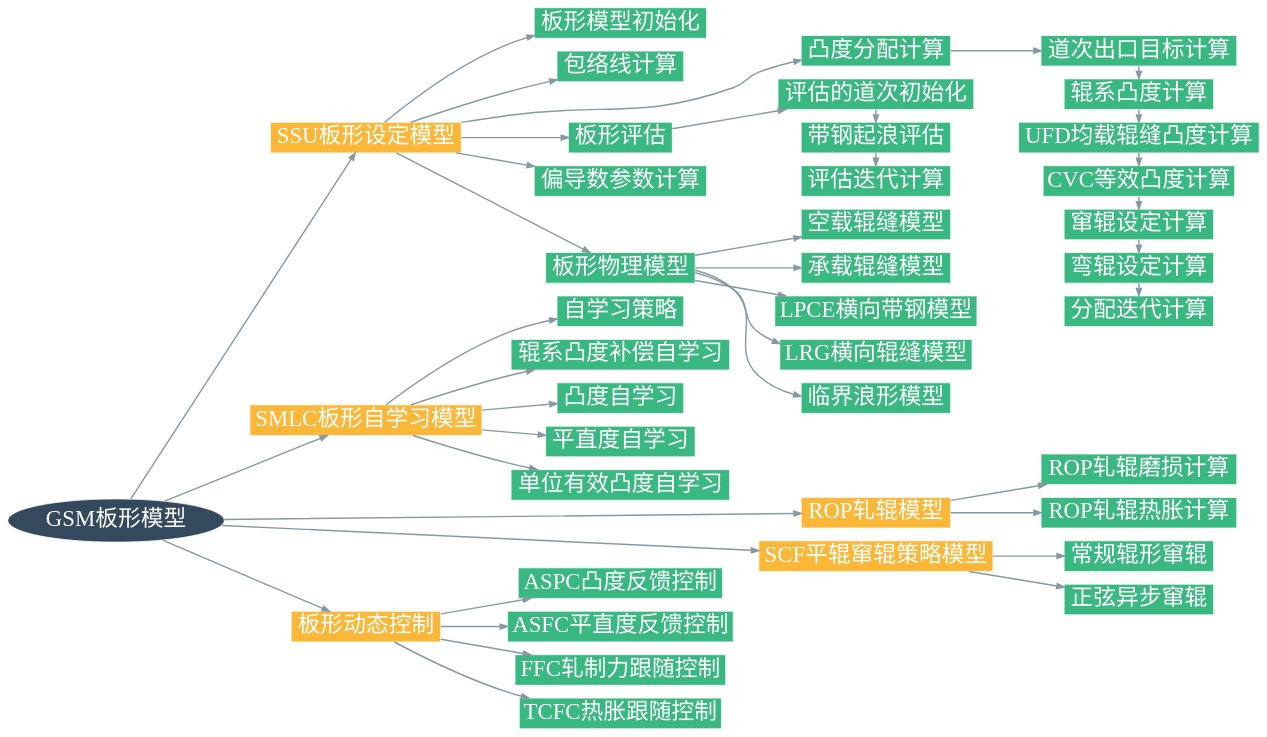
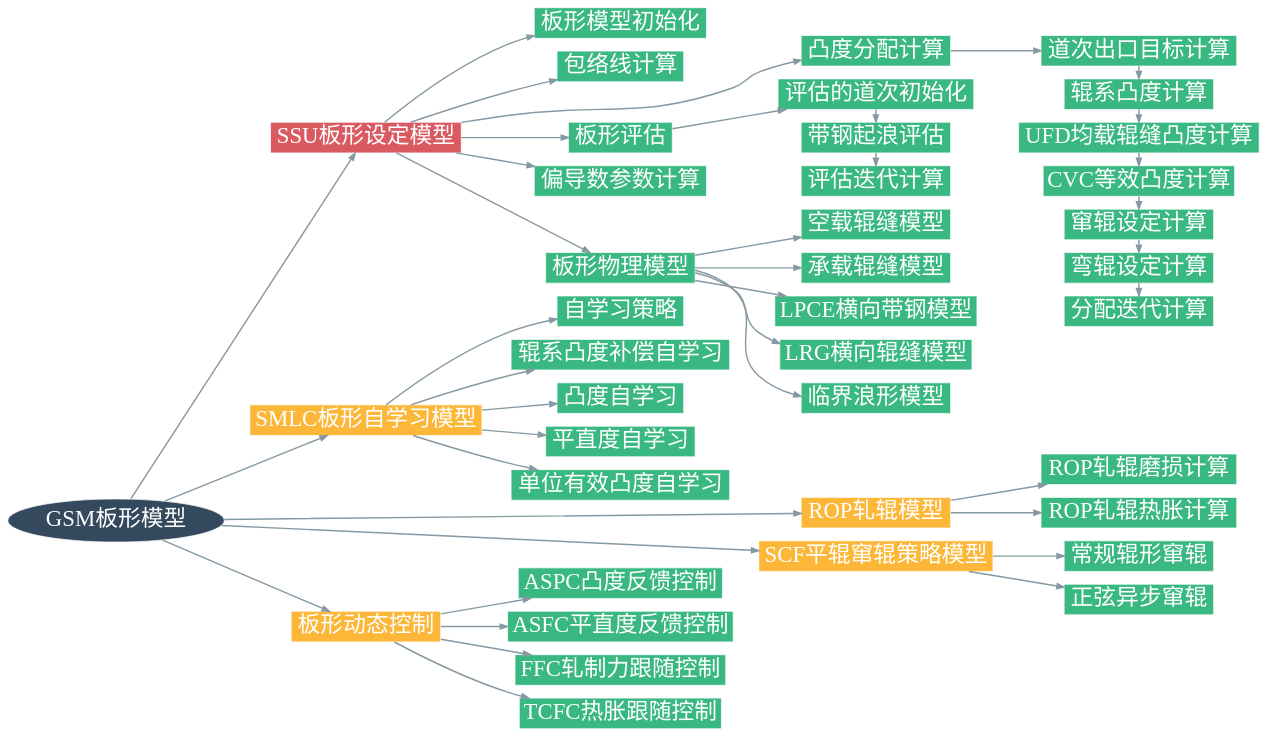
Before and after one commit to nekohor/digestion_of_shape_model: the diagram in doc/anatomy/anatomy_gsm.dot, drawn with Graphviz. The commit also changed 11 other files, not shown here.

```diff
--- a/doc/anatomy/anatomy_gsm.dot
+++ b/doc/anatomy/anatomy_gsm.dot
@@ -1,149 +1,149 @@
 digraph G{  
     //node [shape=plaintext, fontname="Microsoft Yahei、Inziu Iosevka SC"];
     //graph [
         //charset = "UTF-8";
 
         // = "#343434",
         //fontcolor = white,
         //fontsize = 18,
         //style = "filled",
         rankdir = LR;
         margin = 1.2;
         //splines = spline,
         //ranksep = 1.0,
         //nodesep = 0.9
         //fillcolor="#DA5A62"  // 红色
     //];
     //compound=true;
     node [style="filled";
           //colorscheme="greys4";
           shape="box";
           fontname = "Inziu Iosevka SC";
           fontsize = 32,
           fontcolor = "#FFFFFF",
           color="#FFFFFF",
           size="5,5";
           fillcolor="#3AB882";
           distortion=.7;
     ];
     edge [style="bold";
           fontname = "Inziu Iosevka SC";
           fontsize = 22;
           fontcolor="#8699A3";
           color="#8699A3";
           //peripheries="3";
     ];
 
     GSM[label="GSM板形模型" shape="oval" fontcolor="white" fillcolor="#34495D"];
 
-    SSU[label="SSU板形设定模型" fillcolor="#FCB738"];
+    SSU[label="SSU板形设定模型" fillcolor="#FCB738" fillcolor="#DA5A62"];
     SSU_init[label="板形模型初始化"];
     SSU_env[label="包络线计算"];
     SSU_alc[label="凸度分配计算"];
     SSU_evl[label="板形评估"];
     SSU_xfer_func[label="偏导数参数计算"];
     SSU_physical_model[label="板形物理模型"];
 
     {
         SSU_delivery_pass_targets[label="道次出口目标计算"];
         SSU_roll_stack_crowns[label="辊系凸度计算"];
         SSU_UFD_calc[label="UFD均载辊缝凸度计算"];
         SSU_roll_grnd_calc[label="CVC等效凸度计算"];
         SSU_pos_shft_actuator[label="窜辊设定计算"];
         SSU_bend_frc_actuator[label="弯辊设定计算"];
         SSU_alc_cycle_calc[label="分配迭代计算"];
         {
             rank=same;
             SSU_delivery_pass_targets->SSU_roll_stack_crowns;
             SSU_roll_stack_crowns->SSU_UFD_calc;
             SSU_UFD_calc->SSU_roll_grnd_calc;
             SSU_roll_grnd_calc->SSU_pos_shft_actuator;
             SSU_pos_shft_actuator->SSU_bend_frc_actuator;
             SSU_bend_frc_actuator->SSU_alc_cycle_calc;
         }
 
     }
 
     {
         SSU_evl_initialize_first_pass_entry[label="评估的道次初始化"];
         SSU_evaluate_strip[label="带钢起浪评估"];
         SSU_evl_cycle_calc[label="评估迭代计算"];
         {
             rank="same";
             SSU_evl_initialize_first_pass_entry->SSU_evaluate_strip;
             SSU_evaluate_strip->SSU_evl_cycle_calc;
         }
         
     }
 
     {
         unloaded_roll_gap_model[label="空载辊缝模型"];
         loaded_roll_gap_model[label="承载辊缝模型"];
         LPCE[label="LPCE横向带钢模型"];
         LRG[label="LRG横向辊缝模型"];
         critical_buckling_model[label="临界浪形模型"];
     }
 
 
 
 
     SMLC[label="SMLC板形自学习模型" fillcolor="#FCB738"];
     adaptation_strategy[label="自学习策略"];
     wr_crn_off_adj[label="辊系凸度补偿自学习"];
     profile_adapt[label="凸度自学习"];
     flatness_adapt[label="平直度自学习"];
     pu_eff_profile_adapt[label="单位有效凸度自学习"];
 
 
     ROP[label="ROP轧辊模型" fillcolor="#FCB738"];
     ROP_wear[label="ROP轧辊磨损计算"];
     ROP_thermal[label="ROP轧辊热胀计算"];
 
     SCF[label="SCF平辊窜辊策略模型" fillcolor="#FCB738"];
     SCF_normal[label="常规辊形窜辊"];
     SCF_sin[label="正弦异步窜辊"];
 
     SMDC[label="板形动态控制" fillcolor="#FCB738"];
     ASPC[label="ASPC凸度反馈控制"];
     ASFC[label="ASFC平直度反馈控制"];
     FFC[label="FFC轧制力跟随控制"];
     TCFC[label="TCFC热胀跟随控制"];
 
     // global
     GSM->{SSU SMLC ROP SCF SMDC}
     SSU->{SSU_init SSU_env SSU_alc SSU_evl SSU_xfer_func SSU_physical_model};
     SMLC->{
 
             adaptation_strategy;
             wr_crn_off_adj;
             profile_adapt;
             flatness_adapt;
             pu_eff_profile_adapt;  
     };
     SSU_alc->SSU_delivery_pass_targets;
     SSU_evl->SSU_evl_initialize_first_pass_entry;
 
     {
         rank=same
         SSU_alc loaded_roll_gap_model
     }
     SSU_physical_model->{
         unloaded_roll_gap_model
         loaded_roll_gap_model
         LPCE
         LRG
         critical_buckling_model
     };
 
     ROP->{ROP_wear ROP_thermal};
     {
         rank=same;
         ROP_wear ROP_thermal SSU_roll_stack_crowns
     }
     SCF->{SCF_normal SCF_sin};
     {
         rank=same;
         SCF_normal SCF_sin SSU_pos_shft_actuator
     }    
     SMDC->{ASPC ASFC FFC TCFC};
 }  
```
